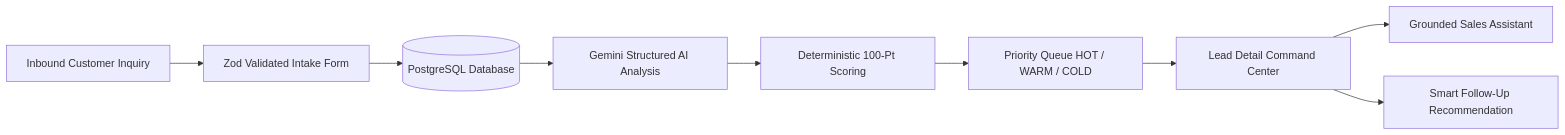
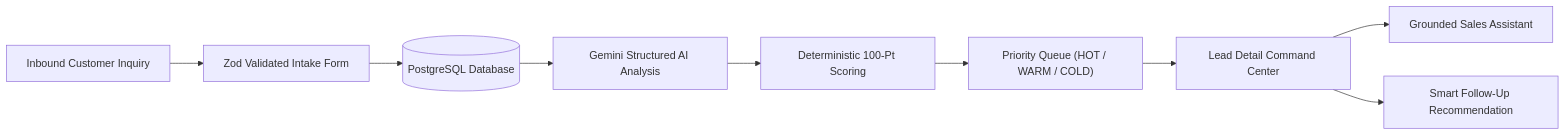
Before and after one commit to VaishnavSreekumar/leadpilot-ai: the first of 4 diagrams in README.md, drawn with Mermaid. The commit also changed other lines of this file, not shown here.

Commit message:
docs: fix README diagrams and AI usage disclosure

````diff
--- a/README.md
+++ b/README.md
@@ -40,11 +40,11 @@
 ```mermaid
 flowchart LR
-    A[Inbound Customer Inquiry] --> B[Zod Validated Intake Form]
-    B --> C[(PostgreSQL Database)]
-    C --> D[Gemini Structured AI Analysis]
-    D --> E[Deterministic 100-Pt Scoring]
-    E --> F[Priority Queue HOT / WARM / COLD]
-    F --> G[Lead Detail Command Center]
-    G --> H[Grounded Sales Assistant]
-    G --> I[Smart Follow-Up Recommendation]
+    A["Inbound Customer Inquiry"] --> B["Zod Validated Intake Form"]
+    B --> C[("PostgreSQL Database")]
+    C --> D["Gemini Structured AI Analysis"]
+    D --> E["Deterministic 100-Pt Scoring"]
+    E --> F["Priority Queue (HOT / WARM / COLD)"]
+    F --> G["Lead Detail Command Center"]
+    G --> H["Grounded Sales Assistant"]
+    G --> I["Smart Follow-Up Recommendation"]
 ```
````
